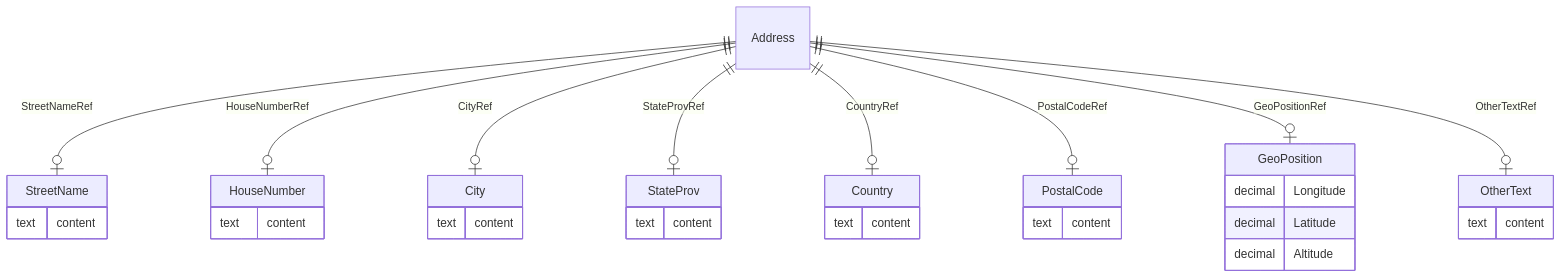
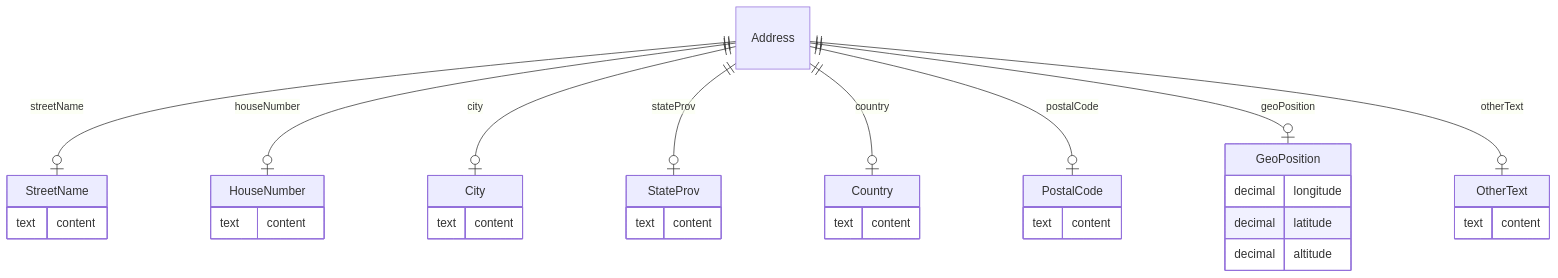
Before and after one commit to cdisc-org/DataExchange-ODM-LinkML: the diagram in docs/Address.md, drawn with Mermaid. The commit also changed other lines of this file and 759 other files, not shown here.

````diff
--- a/docs/Address.md
+++ b/docs/Address.md
@@ -11,42 +11,42 @@
 ```mermaid
 erDiagram
 Address {
 
 }
 OtherText {
     text content  
 }
 GeoPosition {
-    decimal Longitude  
-    decimal Latitude  
-    decimal Altitude  
+    decimal longitude  
+    decimal latitude  
+    decimal altitude  
 }
 PostalCode {
     text content  
 }
 Country {
     text content  
 }
 StateProv {
     text content  
 }
 City {
     text content  
 }
 HouseNumber {
     text content  
 }
 StreetName {
     text content  
 }
 
-Address ||--|o StreetName : "StreetNameRef"
-Address ||--|o HouseNumber : "HouseNumberRef"
-Address ||--|o City : "CityRef"
-Address ||--|o StateProv : "StateProvRef"
-Address ||--|o Country : "CountryRef"
-Address ||--|o PostalCode : "PostalCodeRef"
-Address ||--|o GeoPosition : "GeoPositionRef"
-Address ||--|o OtherText : "OtherTextRef"
+Address ||--|o StreetName : "streetName"
+Address ||--|o HouseNumber : "houseNumber"
+Address ||--|o City : "city"
+Address ||--|o StateProv : "stateProv"
+Address ||--|o Country : "country"
+Address ||--|o PostalCode : "postalCode"
+Address ||--|o GeoPosition : "geoPosition"
+Address ||--|o OtherText : "otherText"
 
 ```
````
